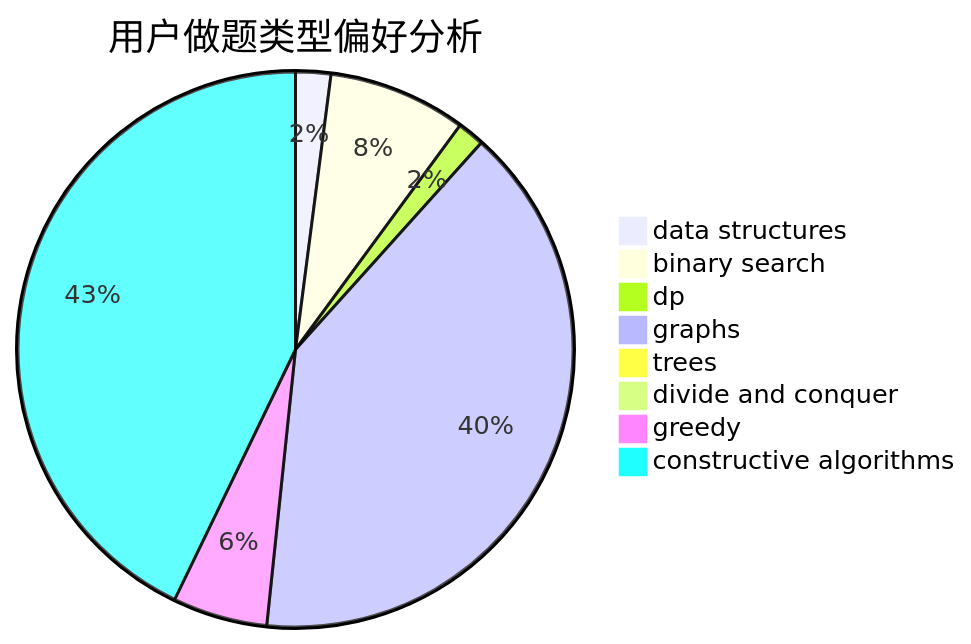
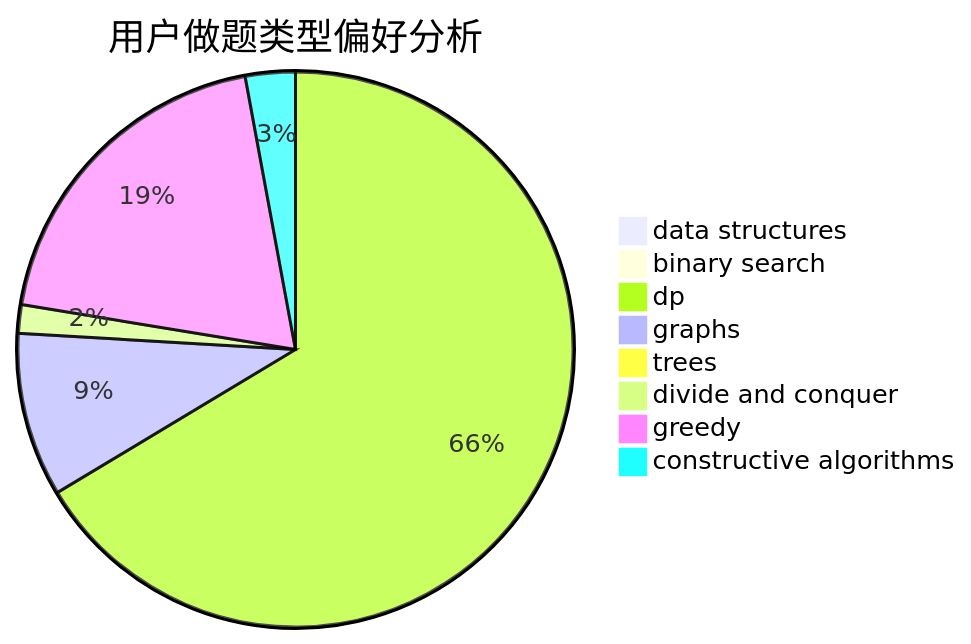
Before and after one commit to sherpahu/cfrs.github.io: the second of 3 diagrams in docs/user/u1022.md, drawn with Mermaid. The commit also changed other lines of this file and 2770 other files, not shown here.

````diff
--- a/docs/user/u1022.md
+++ b/docs/user/u1022.md
@@ -23,11 +23,11 @@
 ```mermaid
 pie title 用户做题类型偏好分析
-    "data structures" :  13
-    "binary search" :  51
-    "dp" :  10
-    "graphs" :  254
-    "trees" :  1
-    "divide and conquer" :  0
-    "greedy" :  35
-    "constructive algorithms" :  272
+    "data structures" :  2
+    "binary search" :  1
+    "dp" :  160
+    "graphs" :  23
+    "trees" :  0
+    "divide and conquer" :  4
+    "greedy" :  47
+    "constructive algorithms" :  7
 ```
````
